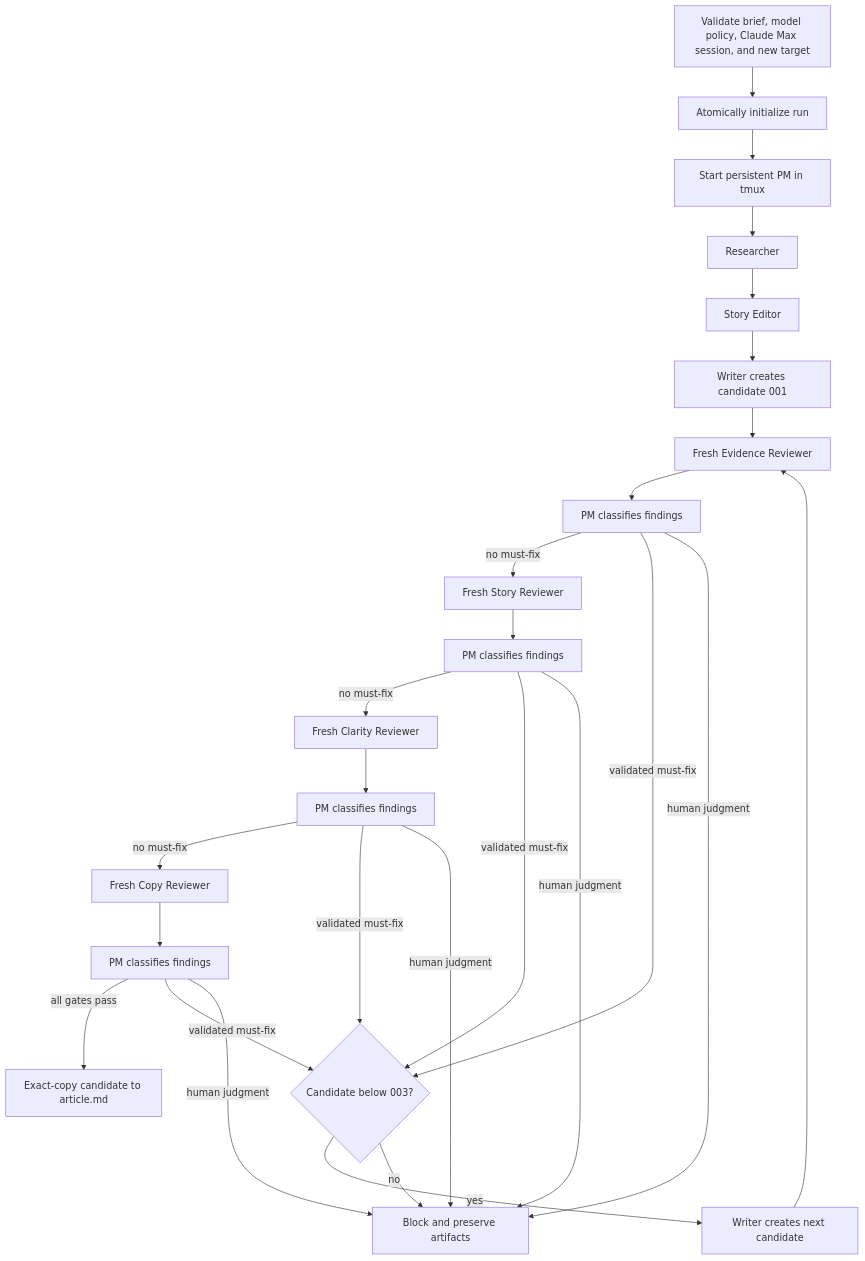
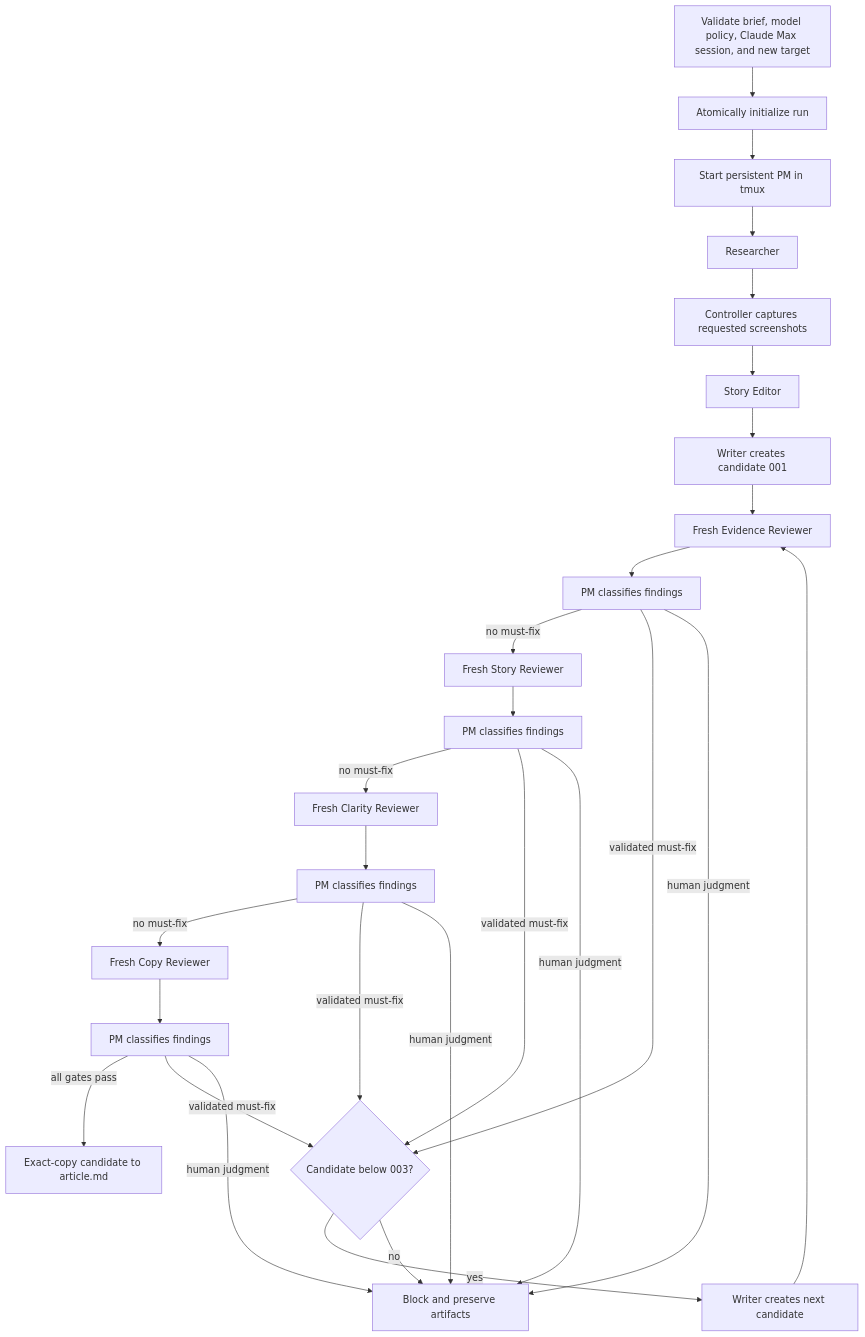
Before and after one commit to uuta/write-uuter: the diagram in docs/workflow.md, drawn with Mermaid. The commit also changed other lines of this file and 21 other files, not shown here.

````diff
--- a/docs/workflow.md
+++ b/docs/workflow.md
@@ -17,28 +17,29 @@
 ```mermaid
 flowchart TD
     v[Validate brief, model policy, Claude Max session, and new target] --> i[Atomically initialize run]
     i --> pm[Start persistent PM in tmux]
     pm --> r[Researcher]
-    r --> s[Story Editor]
+    r --> shot[Controller captures requested screenshots]
+    shot --> s[Story Editor]
     s --> w[Writer creates candidate 001]
     w --> e[Fresh Evidence Reviewer]
     e --> pe[PM classifies findings]
     pe -->|no must-fix| sr[Fresh Story Reviewer]
     sr --> ps[PM classifies findings]
     ps -->|no must-fix| c[Fresh Clarity Reviewer]
     c --> pc[PM classifies findings]
     pc -->|no must-fix| cp[Fresh Copy Reviewer]
     cp --> pp[PM classifies findings]
     pp -->|all gates pass| f[Exact-copy candidate to article.md]
     pe -->|validated must-fix| b{Candidate below 003?}
     ps -->|validated must-fix| b
     pc -->|validated must-fix| b
     pp -->|validated must-fix| b
     b -->|yes| rw[Writer creates next candidate]
     rw --> e
     b -->|no| blocked[Block and preserve artifacts]
     pe -->|human judgment| blocked
     ps -->|human judgment| blocked
     pc -->|human judgment| blocked
     pp -->|human judgment| blocked
 ```
````
